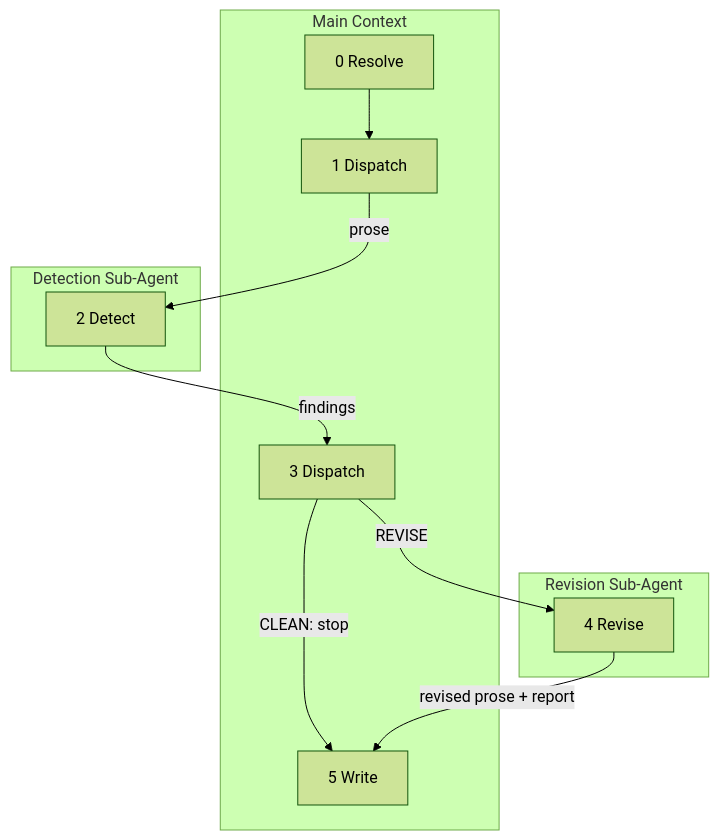
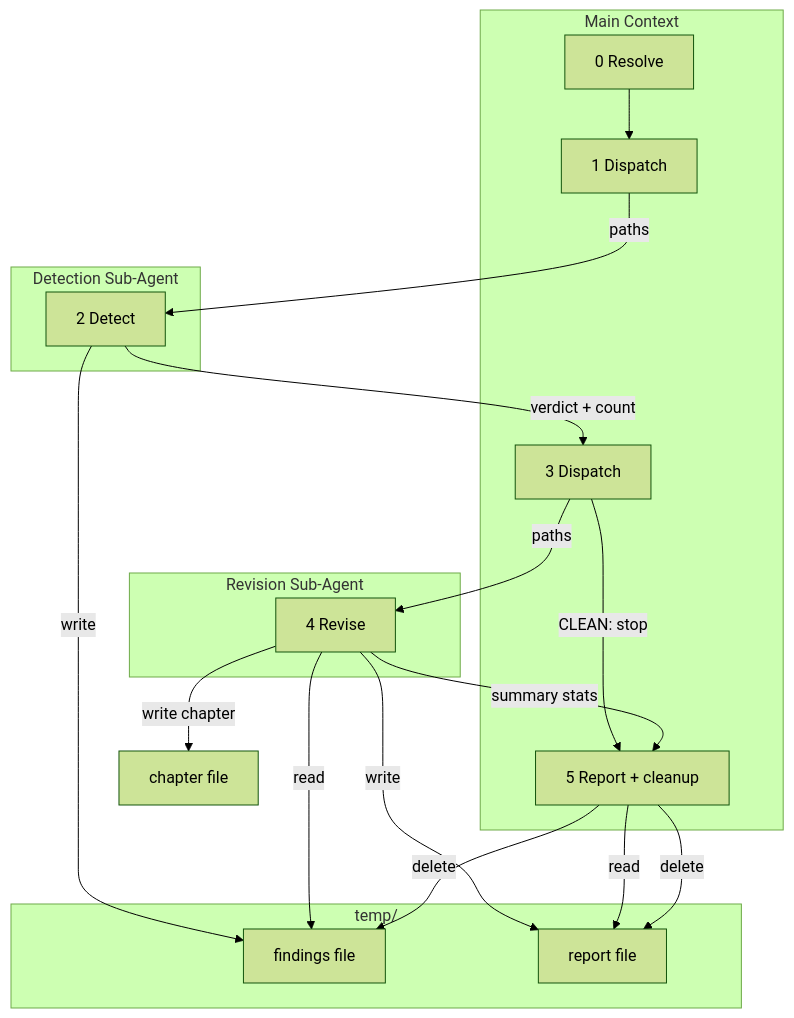
The diagram in tools/novelist/revise.md (cppalliance/tools-public), drawn with Mermaid (forest theme) before and after one commit. The commit also changed other lines of this file, not shown here.

Commit message:
Improvements to revise tool

````diff
--- a/tools/novelist/revise.md
+++ b/tools/novelist/revise.md
@@ -14,21 +14,32 @@
 ```mermaid
 flowchart TD
-  subgraph main [Main Context]
+  subgraph mainCtx [Main Context]
     S0["0 Resolve"]
     S1["1 Dispatch"]
     S3["3 Dispatch"]
-    S5["5 Write"]
+    S5["5 Report + cleanup"]
   end
   subgraph detect [Detection Sub-Agent]
     S2["2 Detect"]
   end
-  subgraph revise [Revision Sub-Agent]
+  subgraph temp [temp/]
+    F["findings file"]
+    R["report file"]
+  end
+  subgraph reviseAgent [Revision Sub-Agent]
     S4["4 Revise"]
   end
   S0 --> S1
-  S1 -->|"prose"| S2
-  S2 -->|"findings"| S3
+  S1 -->|"paths"| S2
+  S2 -->|write| F
+  S2 -->|"verdict + count"| S3
   S3 -->|"CLEAN: stop"| S5
-  S3 -->|"REVISE"| S4
-  S4 -->|"revised prose + report"| S5
+  S3 -->|"paths"| S4
+  S4 -->|read| F
+  S4 -->|write| R
+  S4 -->|"write chapter"| ChFile["chapter file"]
+  S4 -->|"summary stats"| S5
+  S5 -->|read| R
+  S5 -->|"delete"| F
+  S5 -->|"delete"| R
 ```
````
